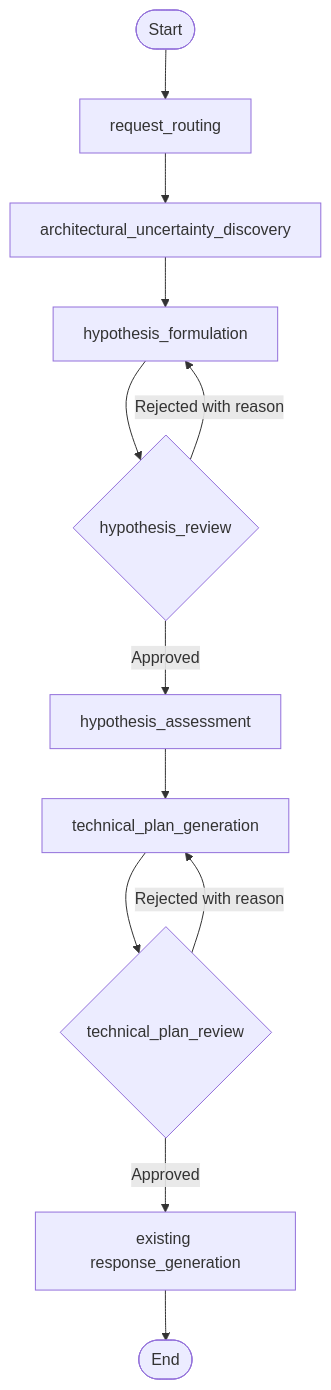
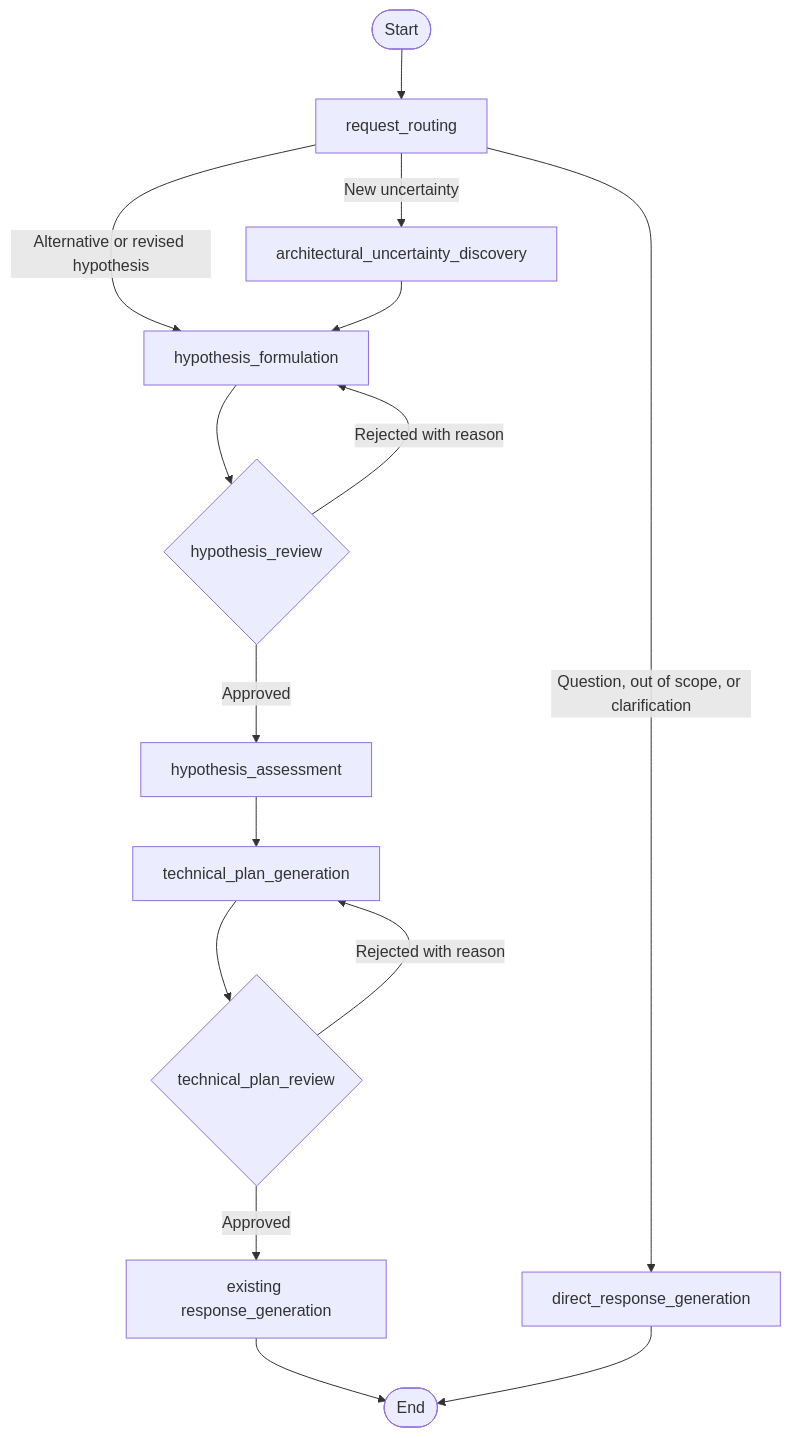
Before and after one commit to archhypo-ai/archflow-solo: the diagram in docs/archhypo-flow.md, drawn with Mermaid. The commit also changed other lines of this file and 29 other files, not shown here.

````diff
--- a/docs/archhypo-flow.md
+++ b/docs/archhypo-flow.md
@@ -17,14 +17,17 @@
 ```mermaid
 flowchart TD
     START([Start]) --> ROUTING[request_routing]
-    ROUTING --> DISCOVERY[architectural_uncertainty_discovery]
+    ROUTING -->|New uncertainty| DISCOVERY[architectural_uncertainty_discovery]
+    ROUTING -->|Alternative or revised hypothesis| FORMULATION[hypothesis_formulation]
+    ROUTING -->|Question, out of scope, or clarification| DIRECT[direct_response_generation]
     DISCOVERY --> FORMULATION[hypothesis_formulation]
     FORMULATION --> REVIEW{hypothesis_review}
     REVIEW -->|Approved| ASSESSMENT[hypothesis_assessment]
     REVIEW -->|Rejected with reason| FORMULATION
     ASSESSMENT --> PLAN[technical_plan_generation]
     PLAN --> PLAN_REVIEW{technical_plan_review}
     PLAN_REVIEW -->|Approved| RESPONSE[existing response_generation]
     PLAN_REVIEW -->|Rejected with reason| PLAN
     RESPONSE --> END([End])
+    DIRECT --> END
 ```
````
